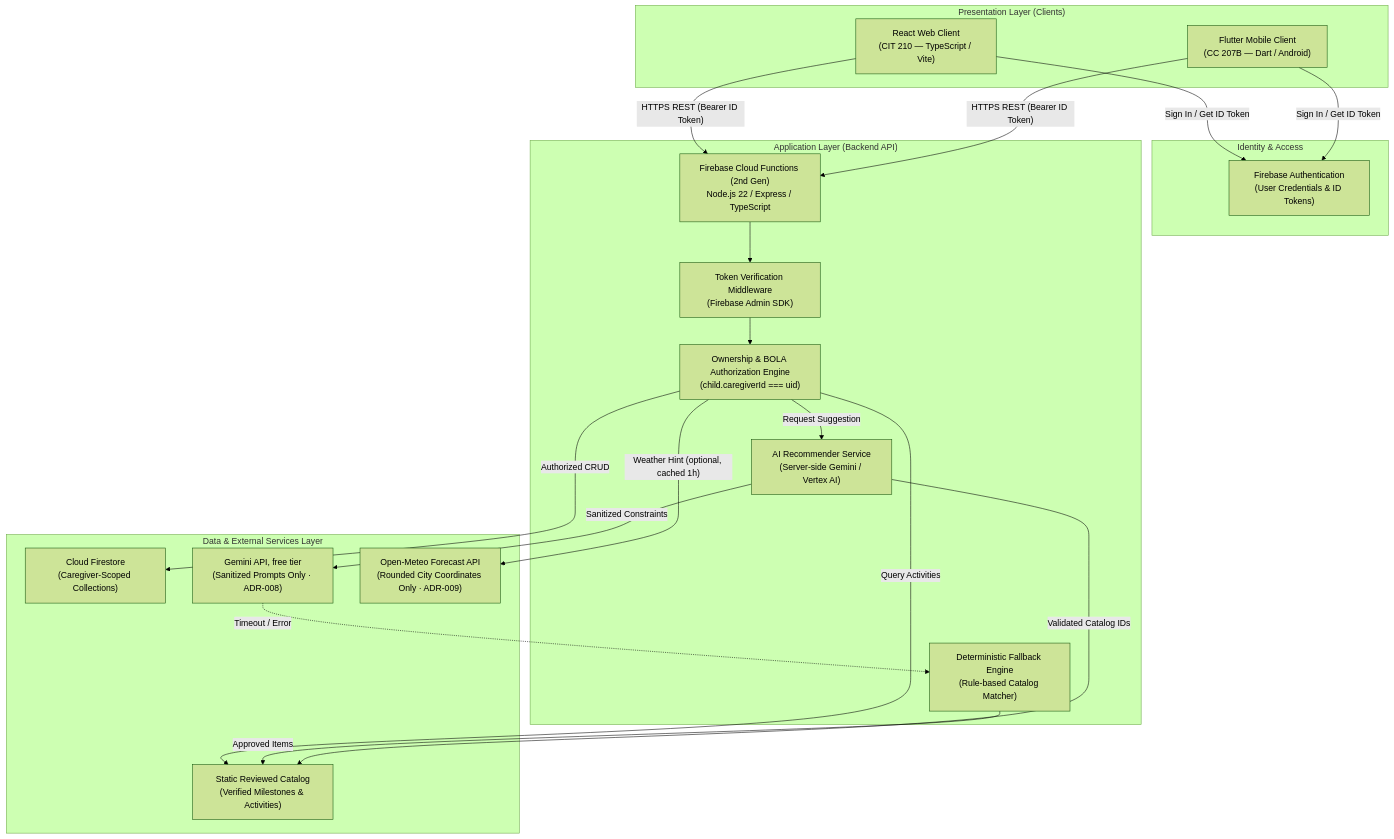
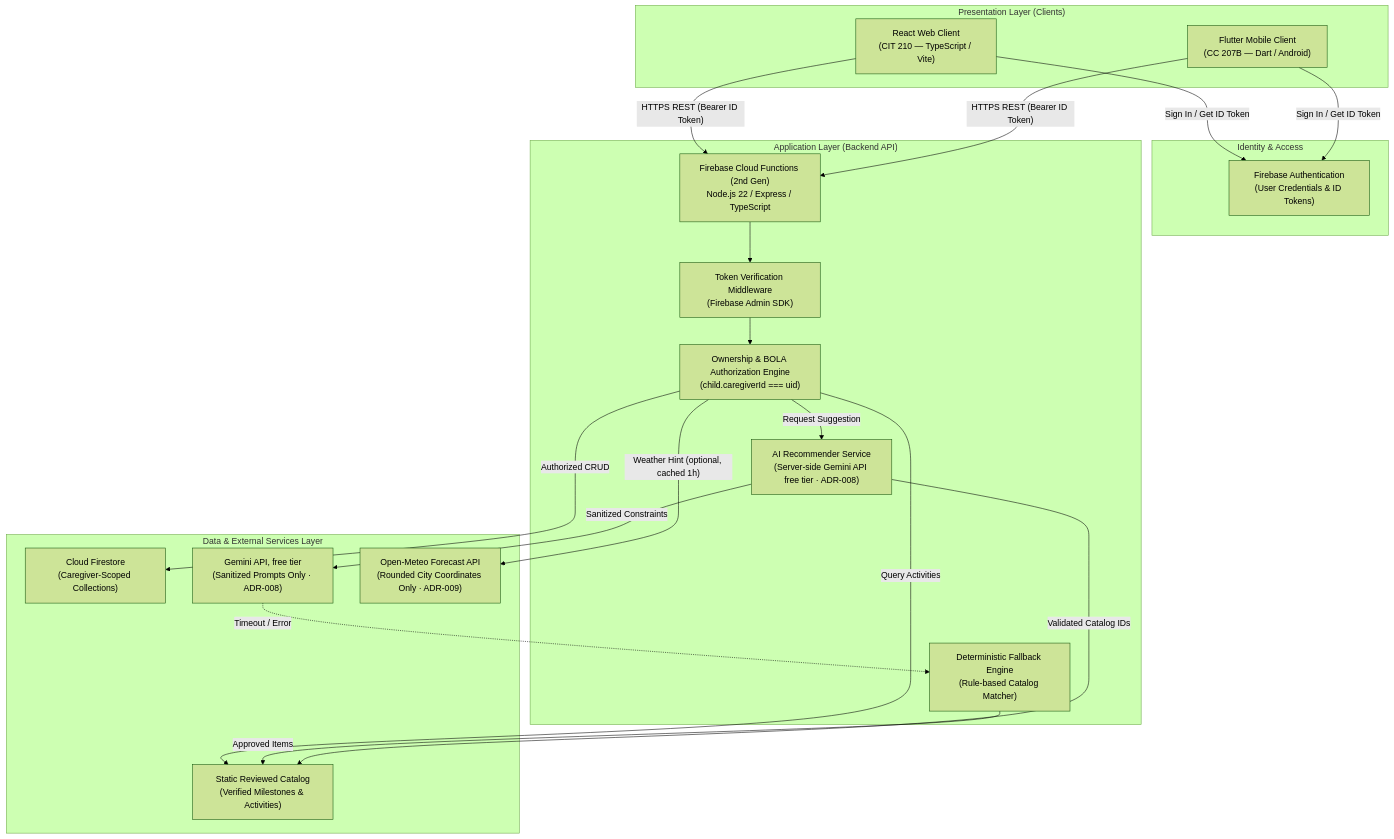
The diagram in docs/architecture-decisions.md (Thesis-Titans/littlesteps-docs), drawn with Mermaid (forest theme) before and after one commit. The commit also changed other lines of this file and 25 other files, not shown here.

````diff
--- a/docs/architecture-decisions.md
+++ b/docs/architecture-decisions.md
@@ -17,48 +17,48 @@
 ```mermaid
 graph TD
     subgraph Clients["Presentation Layer (Clients)"]
         WebClient["React Web Client<br/>(CIT 210 — TypeScript / Vite)"]
         MobileClient["Flutter Mobile Client<br/>(CC 207B — Dart / Android)"]
     end
 
     subgraph Identity["Identity & Access"]
         FirebaseAuth["Firebase Authentication<br/>(User Credentials & ID Tokens)"]
     end
 
     subgraph Backend["Application Layer (Backend API)"]
         CloudFunctions["Firebase Cloud Functions (2nd Gen)<br/>Node.js 22 / Express / TypeScript"]
         AuthMiddleware["Token Verification Middleware<br/>(Firebase Admin SDK)"]
         BOLAAuth["Ownership & BOLA Authorization Engine<br/>(child.caregiverId === uid)"]
-        AIService["AI Recommender Service<br/>(Server-side Gemini / Vertex AI)"]
+        AIService["AI Recommender Service<br/>(Server-side Gemini API free tier · ADR-008)"]
         FallbackService["Deterministic Fallback Engine<br/>(Rule-based Catalog Matcher)"]
     end
 
     subgraph Persistence["Data & External Services Layer"]
         Firestore["Cloud Firestore<br/>(Caregiver-Scoped Collections)"]
         ReviewedCatalog["Static Reviewed Catalog<br/>(Verified Milestones & Activities)"]
         ExternalAI["Gemini API, free tier<br/>(Sanitized Prompts Only · ADR-008)"]
         Weather["Open-Meteo Forecast API<br/>(Rounded City Coordinates Only · ADR-009)"]
     end
 
     %% Client auth flows
     WebClient -->|"Sign In / Get ID Token"| FirebaseAuth
     MobileClient -->|"Sign In / Get ID Token"| FirebaseAuth
 
     %% Client API calls
     WebClient -->|"HTTPS REST (Bearer ID Token)"| CloudFunctions
     MobileClient -->|"HTTPS REST (Bearer ID Token)"| CloudFunctions
 
     %% Backend processing
     CloudFunctions --> AuthMiddleware
     AuthMiddleware --> BOLAAuth
     BOLAAuth -->|"Authorized CRUD"| Firestore
     BOLAAuth -->|"Query Activities"| ReviewedCatalog
 
     %% AI Recommendation flow
     BOLAAuth -->|"Request Suggestion"| AIService
     AIService -->|"Sanitized Constraints"| ExternalAI
     BOLAAuth -->|"Weather Hint (optional, cached 1h)"| Weather
     ExternalAI -.->|"Timeout / Error"| FallbackService
     FallbackService -->|"Approved Items"| ReviewedCatalog
     AIService -->|"Validated Catalog IDs"| ReviewedCatalog
 ```
````
